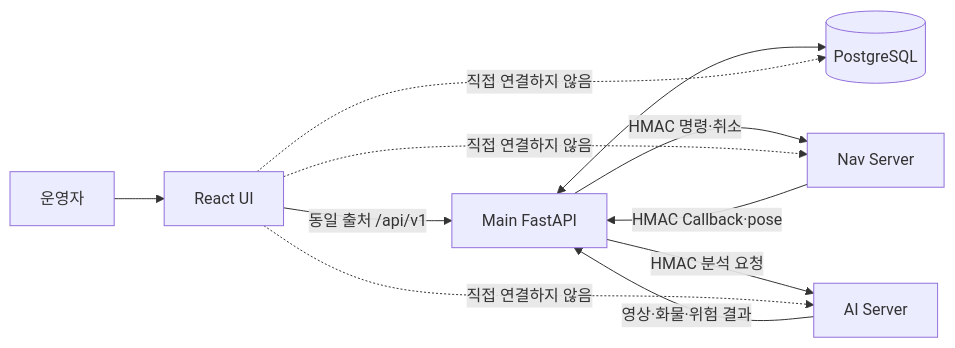
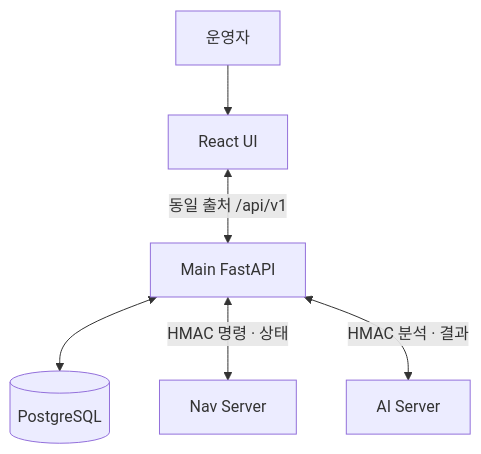
One commit to eduwing-robotics/ros2-ai-amr-repo3 changed the first of 2 diagrams in main-server/docs/INTERFACES.md. Above: the diagram before and after it, drawn with Mermaid. The commit also changed 14 other files, not shown here.

Commit message:
docs: update main server guides and image paths

````diff
--- a/main-server/docs/INTERFACES.md
+++ b/main-server/docs/INTERFACES.md
@@ -9,14 +9,8 @@
 ```mermaid
-flowchart LR
+flowchart TB
     User[운영자] --> Browser[React UI]
-    Browser -->|동일 출처 /api/v1| Main[Main FastAPI]
+    Browser <-->|동일 출처 /api/v1| Main[Main FastAPI]
     Main <--> DB[(PostgreSQL)]
-    Main -->|HMAC 명령·취소| Nav[Nav Server]
-    Nav -->|HMAC Callback·pose| Main
-    Main -->|HMAC 분석 요청| AI[AI Server]
-    AI -->|영상·화물·위험 결과| Main
-
-    Browser -. 직접 연결하지 않음 .-> Nav
-    Browser -. 직접 연결하지 않음 .-> AI
-    Browser -. 직접 연결하지 않음 .-> DB
+    Main <-->|HMAC 명령 · 상태| Nav[Nav Server]
+    Main <-->|HMAC 분석 · 결과| AI[AI Server]
 ```
````
